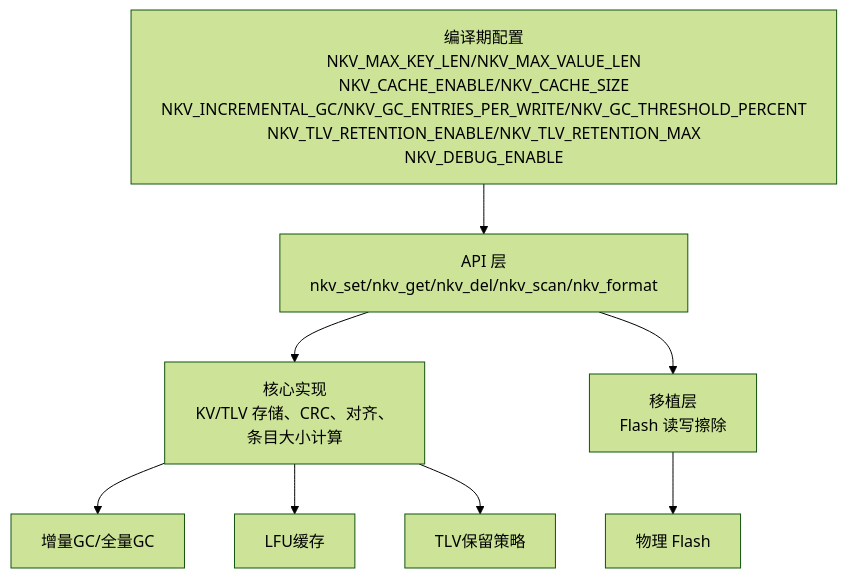
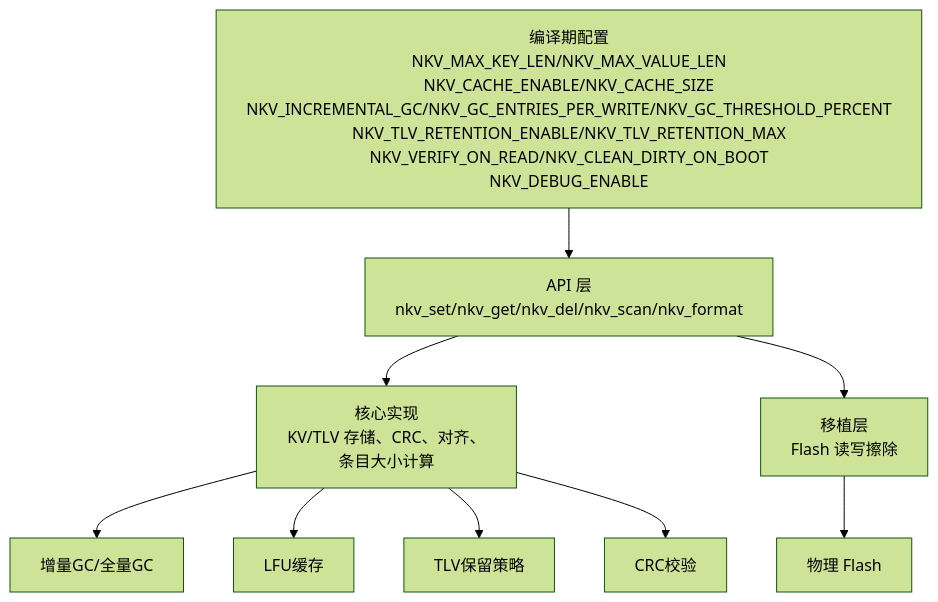
Before and after one commit to causebefore/microkv-module: the second of 3 diagrams in .qoder/repowiki/zh/content/配置系统.md, drawn with Mermaid (forest theme). The commit also changed other lines of this file and 10 other files, not shown here.

````diff
--- a/.qoder/repowiki/zh/content/配置系统.md
+++ b/.qoder/repowiki/zh/content/配置系统.md
@@ -100,10 +113,11 @@
 ```mermaid
 graph TB
-cfg["编译期配置<br/>NKV_MAX_KEY_LEN/NKV_MAX_VALUE_LEN<br/>NKV_CACHE_ENABLE/NKV_CACHE_SIZE<br/>NKV_INCREMENTAL_GC/NKV_GC_ENTRIES_PER_WRITE/NKV_GC_THRESHOLD_PERCENT<br/>NKV_TLV_RETENTION_ENABLE/NKV_TLV_RETENTION_MAX<br/>NKV_DEBUG_ENABLE"] --> api["API 层<br/>nkv_set/nkv_get/nkv_del/nkv_scan/nkv_format"]
+cfg["编译期配置<br/>NKV_MAX_KEY_LEN/NKV_MAX_VALUE_LEN<br/>NKV_CACHE_ENABLE/NKV_CACHE_SIZE<br/>NKV_INCREMENTAL_GC/NKV_GC_ENTRIES_PER_WRITE/NKV_GC_THRESHOLD_PERCENT<br/>NKV_TLV_RETENTION_ENABLE/NKV_TLV_RETENTION_MAX<br/>NKV_VERIFY_ON_READ/NKV_CLEAN_DIRTY_ON_BOOT<br/>NKV_DEBUG_ENABLE"] --> api["API 层<br/>nkv_set/nkv_get/nkv_del/nkv_scan/nkv_format"]
 api --> impl_core["核心实现<br/>KV/TLV 存储、CRC、对齐、条目大小计算"]
 impl_core --> gc["增量GC/全量GC"]
 impl_core --> cache["LFU缓存"]
 impl_core --> tlv["TLV保留策略"]
+impl_core --> verify["CRC校验"]
 api --> port["移植层<br/>Flash 读写擦除"]
 port --> flash["物理 Flash"]
 ```
````
